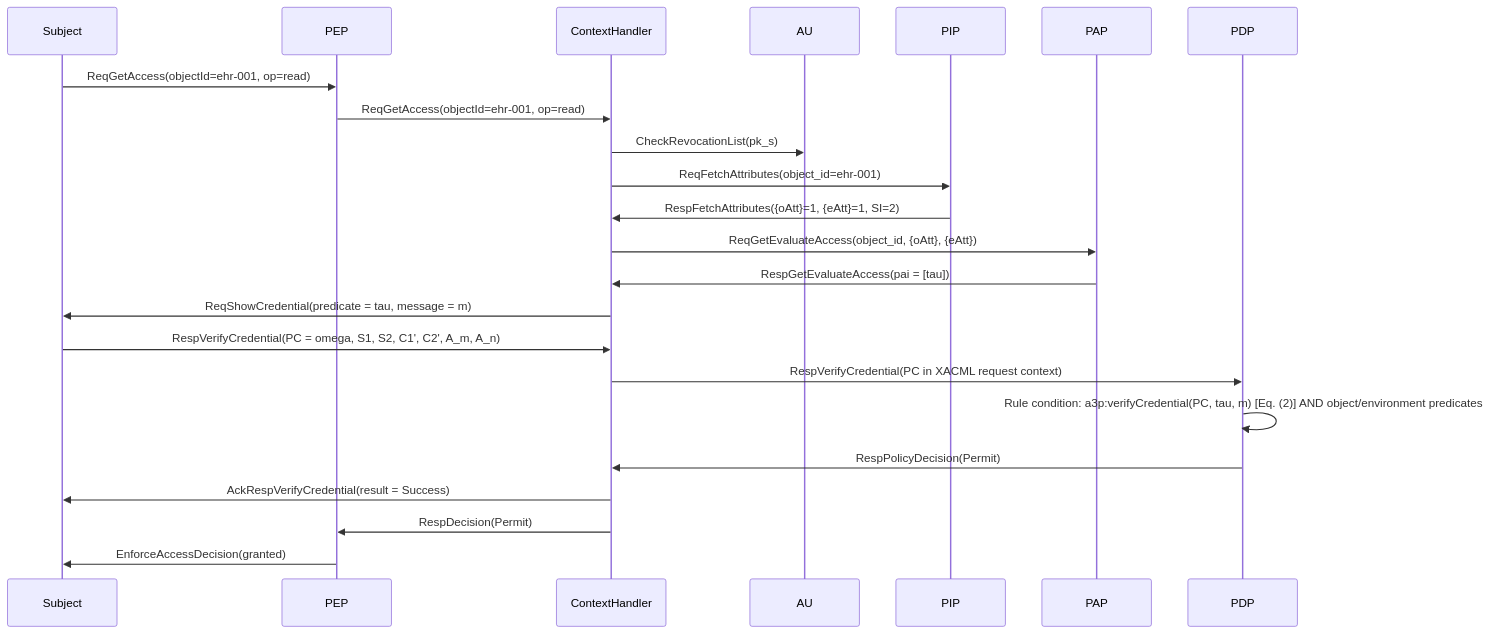
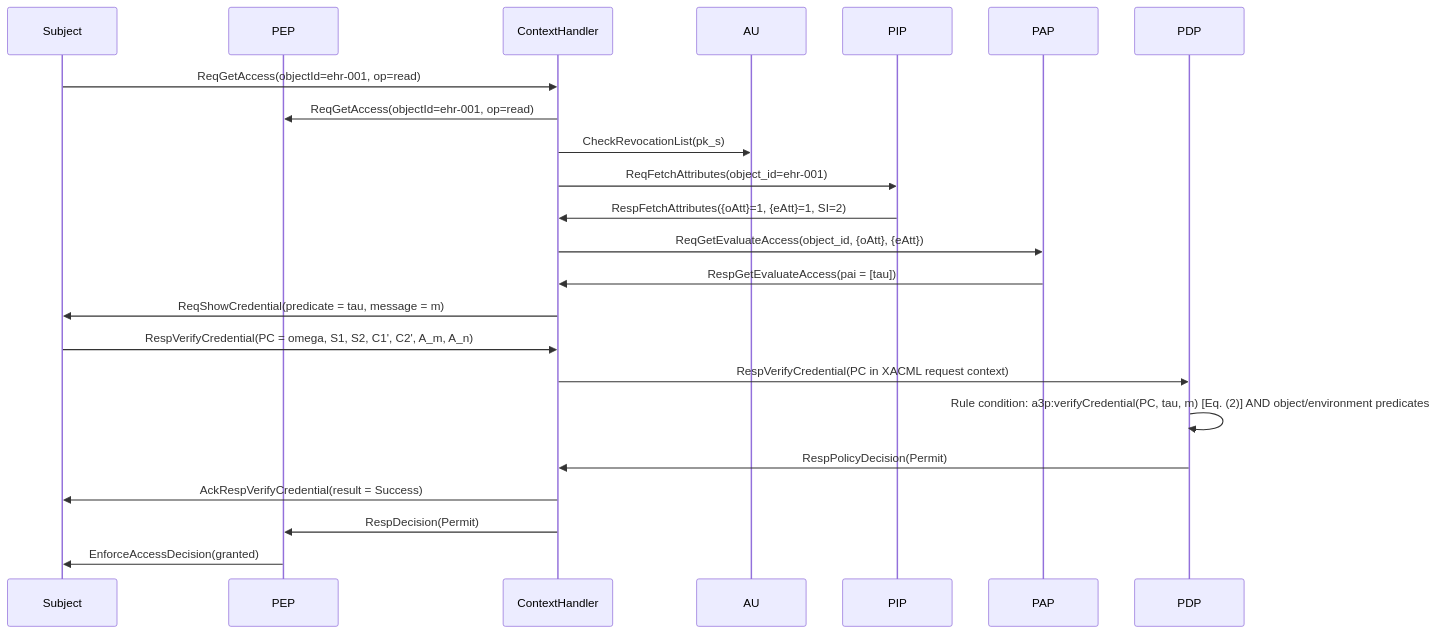
One commit to gayatrikc89/A3P-FACS_POC_SOURCE changed the third of 3 diagrams in API_XACML.md. Above: the diagram before and after it, drawn with Mermaid.

````diff
--- a/API_XACML.md
+++ b/API_XACML.md
@@ -206,25 +206,25 @@
 ```mermaid
 sequenceDiagram
     participant S as Subject
     participant PEP
     participant CH as ContextHandler
     participant AU
     participant PIP
     participant PAP
     participant PDP
-    S->>PEP: ReqGetAccess(objectId=ehr-001, op=read)
-    PEP->>CH: ReqGetAccess(objectId=ehr-001, op=read)
+    S->>CH: ReqGetAccess(objectId=ehr-001, op=read)
+    CH->>PEP: ReqGetAccess(objectId=ehr-001, op=read)
     CH->>AU: CheckRevocationList(pk_s)
     CH->>PIP: ReqFetchAttributes(object_id=ehr-001)
     PIP->>CH: RespFetchAttributes({oAtt}=1, {eAtt}=1, SI=2)
     CH->>PAP: ReqGetEvaluateAccess(object_id, {oAtt}, {eAtt})
     PAP->>CH: RespGetEvaluateAccess(pai = [tau])
     CH->>S: ReqShowCredential(predicate = tau, message = m)
     S->>CH: RespVerifyCredential(PC = omega, S1, S2, C1', C2', A_m, A_n)
     CH->>PDP: RespVerifyCredential(PC in XACML request context)
     PDP->>PDP: Rule condition: a3p:verifyCredential(PC, tau, m) [Eq. (2)] AND object/environment predicates
     PDP->>CH: RespPolicyDecision(Permit)
     CH->>S: AckRespVerifyCredential(result = Success)
     CH->>PEP: RespDecision(Permit)
     PEP->>S: EnforceAccessDecision(granted)
 ```
````
